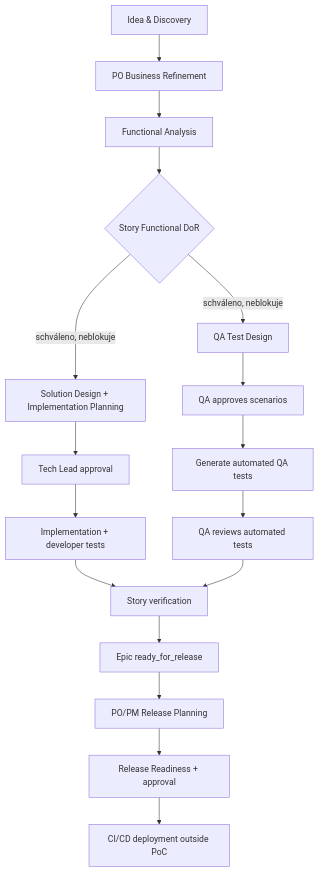
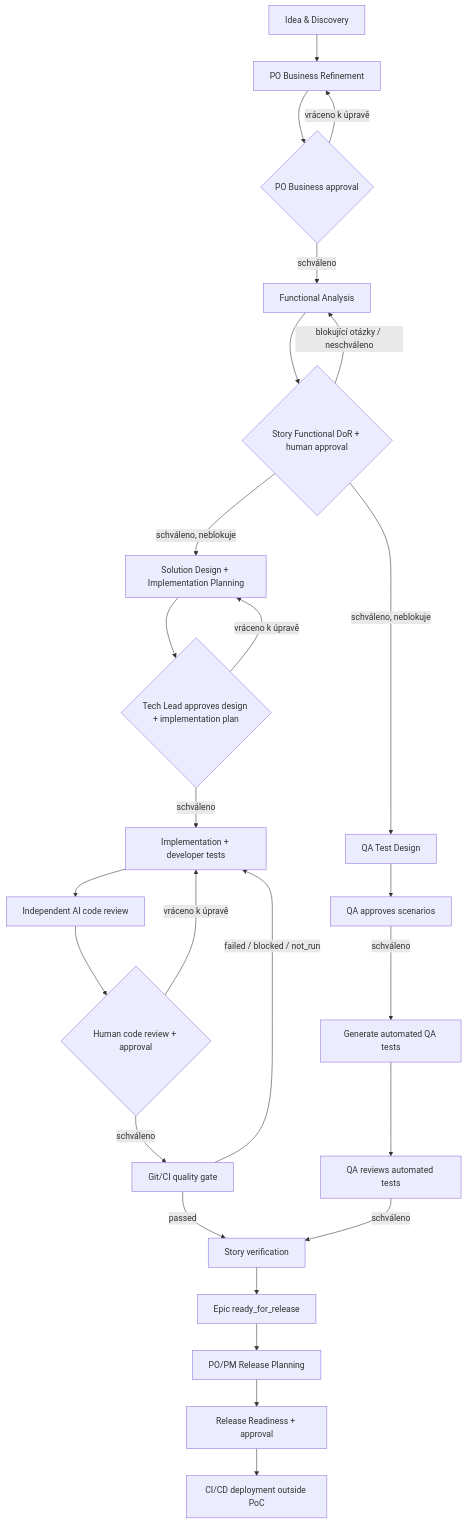
The second of 4 diagrams in docs/specification.md (stjarna/ai-sdlc), drawn with Mermaid before and after one commit. The commit also changed other lines of this file and 1 other file, not shown here.

Commit message:
docs: clarify PoC scenario and approval workflow

````diff
--- a/docs/specification.md
+++ b/docs/specification.md
@@ -114,19 +116,28 @@
 ```mermaid
 flowchart TD
   I[Idea & Discovery] --> B[PO Business Refinement]
-  B --> A[Functional Analysis]
-  A --> R{Story Functional DoR}
+  B --> BA{PO Business approval}
+  BA -->|schváleno| A[Functional Analysis]
+  BA -->|vráceno k úpravě| B
+  A --> R{Story Functional DoR + human approval}
+  R -->|blokující otázky / neschváleno| A
   R -->|schváleno, neblokuje| D[Solution Design + Implementation Planning]
   R -->|schváleno, neblokuje| TD[QA Test Design]
-  D --> T[Tech Lead approval]
-  T --> IM[Implementation + developer tests]
+  D --> T{Tech Lead approves design + implementation plan}
+  T -->|schváleno| IM[Implementation + developer tests]
+  T -->|vráceno k úpravě| D
+  IM --> AIR[Independent AI code review]
+  AIR --> HCR{Human code review + approval}
+  HCR -->|vráceno k úpravě| IM
+  HCR -->|schváleno| G[Git/CI quality gate]
+  G -->|passed| V[Story verification]
+  G -->|failed / blocked / not_run| IM
   TD --> QR[QA approves scenarios]
-  QR --> AT[Generate automated QA tests]
+  QR -->|schváleno| AT[Generate automated QA tests]
   AT --> QAR[QA reviews automated tests]
-  IM --> V[Story verification]
-  QAR --> V
+  QAR -->|schváleno| V
   V --> E[Epic ready_for_release]
   E --> RP[PO/PM Release Planning]
   RP --> RR[Release Readiness + approval]
   RR --> CD[CI/CD deployment outside PoC]
 ```
````
